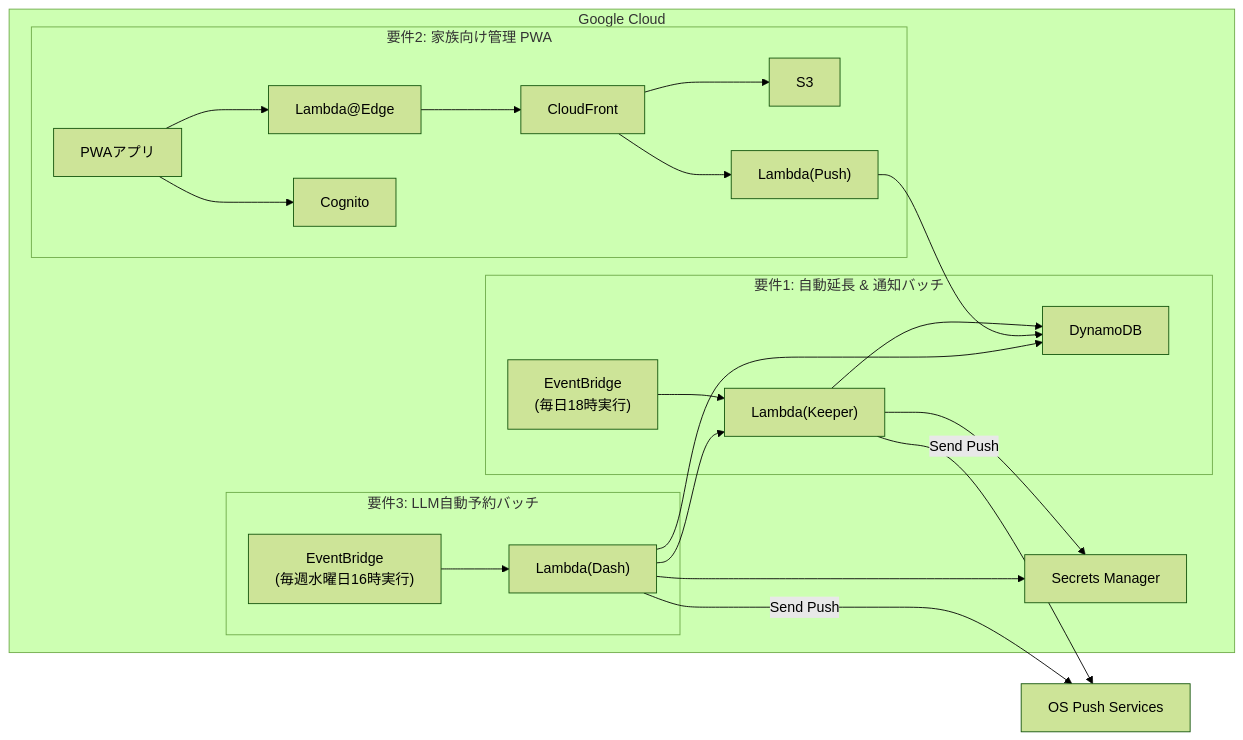
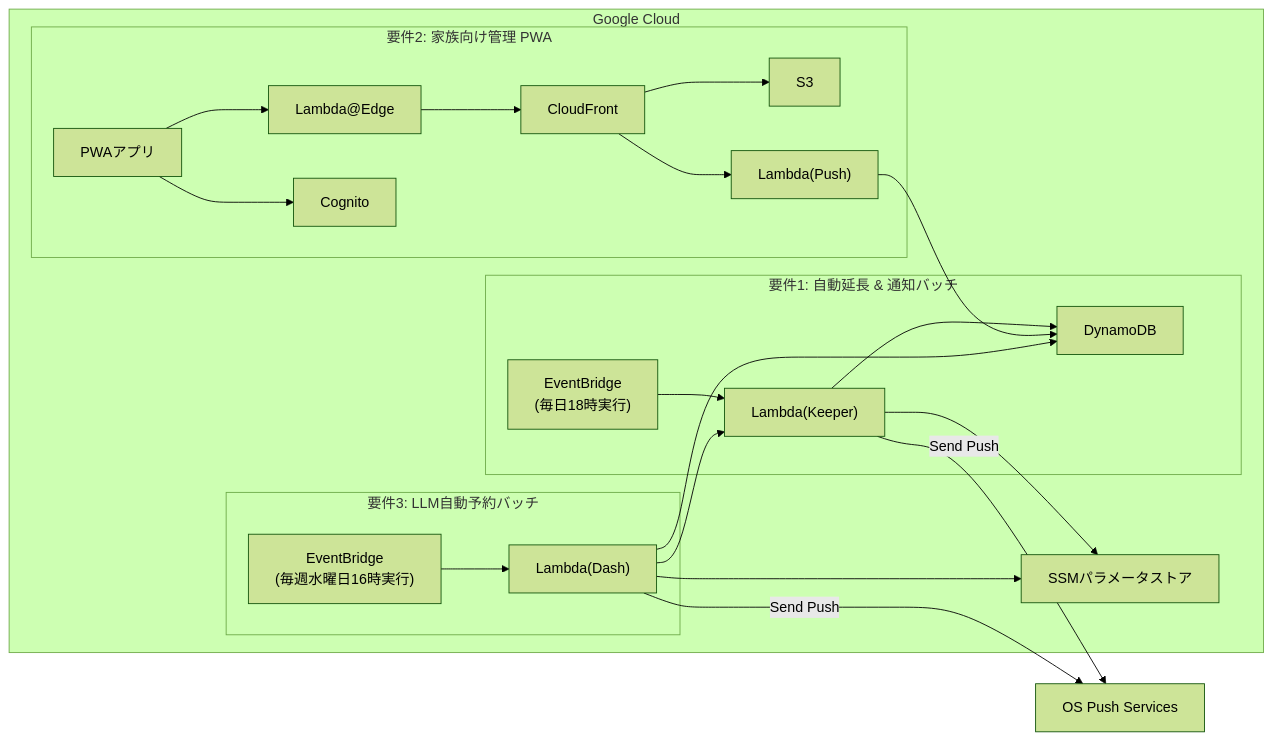
The diagram in AGENTS.md (nimzo6689/higalibra), drawn with Mermaid (forest theme) before and after one commit. The commit also changed other lines of this file and 7 other files, not shown here.

````diff
--- a/AGENTS.md
+++ b/AGENTS.md
@@ -23,46 +23,46 @@
 ```mermaid
 graph LR
     OSPush["OS Push Services"]
 
     subgraph GCP ["Google Cloud"]
         DynamoDB["DynamoDB(利用状況・調査履歴)"]
 
         subgraph Req1 ["要件1: 自動延長 & 通知バッチ"]
             Scheduler1["EventBridge<br/>(毎日18時実行)"]
             Job1["Lambda(Keeper)"]
             Scheduler1 --> Job1
             Job1 --> DynamoDB
         end
 
         subgraph Req2 ["要件2: 家族向け管理 PWA"]
             Front["PWAアプリ"]
             EDGE["Lambda@Edge"]
             CDN["CloudFront"]
             Cognito["Cognito"]
             S3["S3"]
             Lambda["Lambda(Push)"]
             DynamoDB["DynamoDB"]
             Front --> EDGE
             EDGE --> CDN
             Front --> Cognito
             CDN --> S3
             CDN --> Lambda
             Lambda --> DynamoDB
         end
 
         subgraph Req3 ["要件3: LLM自動予約バッチ"]
             Scheduler2["EventBridge<br/>(毎週水曜日16時実行)"]
             Job2["Lambda(Dash)"]
             Scheduler2 --> Job2
             Job2 --> DynamoDB
             Job2 --> Job1
         end
 
-        Secret["Secrets Manager"]
-        Job1 --> Secret
-        Job2 --> Secret
+        ParameterStore["SSMパラメータストア"]
+        Job1 --> ParameterStore
+        Job2 --> ParameterStore
     end
 
     Job1 -- "Send Push" --> OSPush
     Job2 -- "Send Push" --> OSPush
 ```
````
